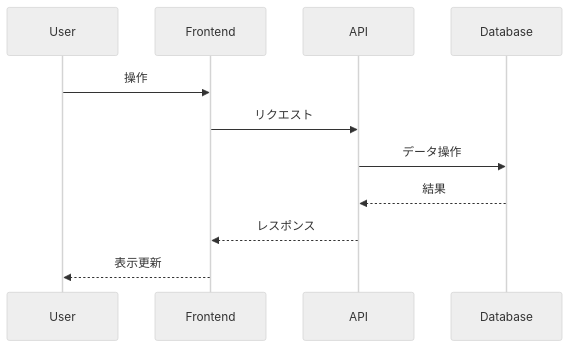
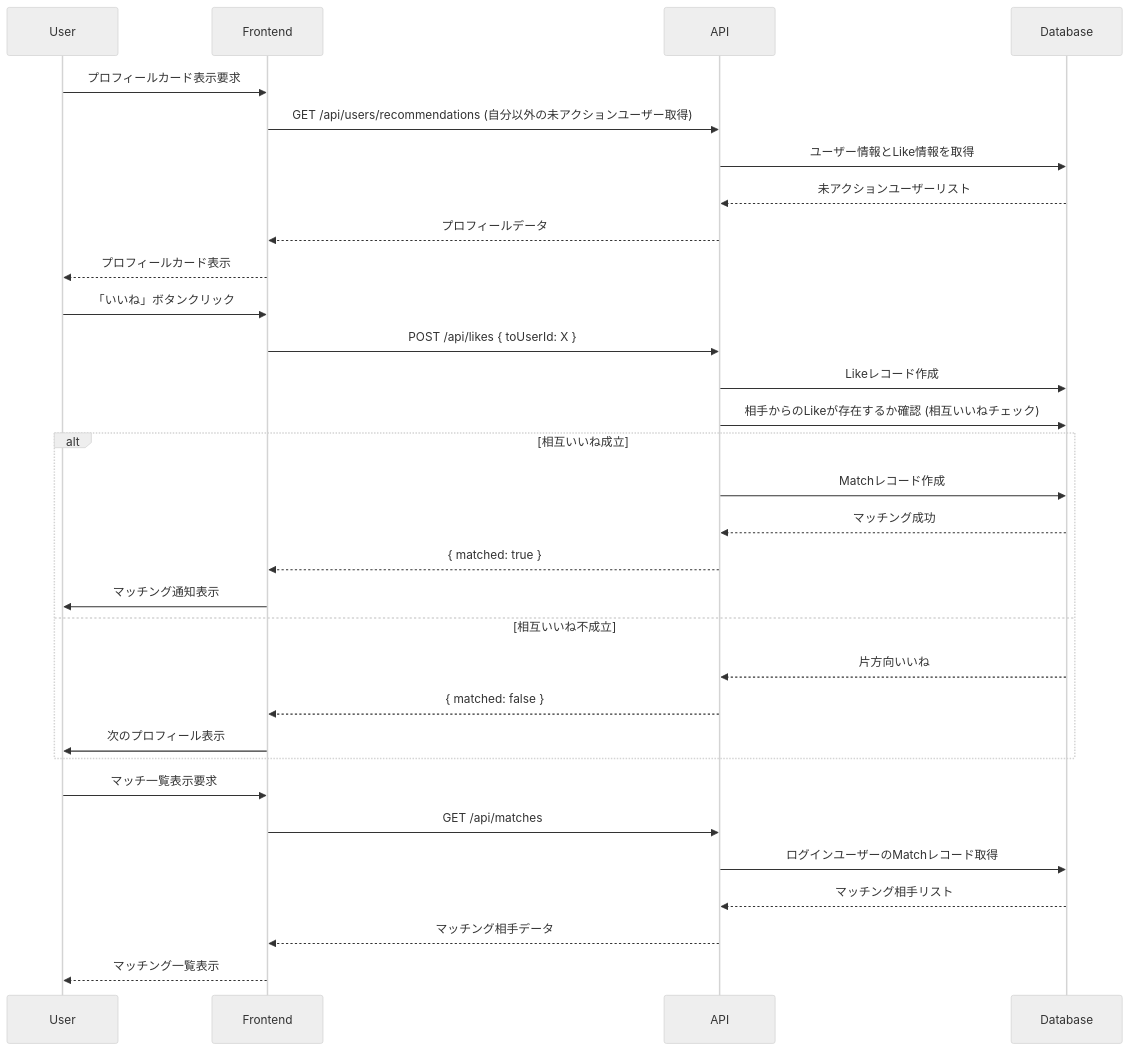
Before and after one commit to lirlia/100day_challenge_backend: the second of 2 diagrams in day3_matching_app/README.md, drawn with Mermaid (neutral theme). The commit also changed other lines of this file and 1 other file, not shown here.

````diff
--- a/day3_matching_app/README.md
+++ b/day3_matching_app/README.md
@@ -48,14 +74,36 @@
 ```mermaid
 sequenceDiagram
     participant User
     participant Frontend
     participant API
     participant Database
 
-    User->>Frontend: 操作
-    Frontend->>API: リクエスト
-    API->>Database: データ操作
-    Database-->>API: 結果
-    API-->>Frontend: レスポンス
-    Frontend-->>User: 表示更新
+    User->>Frontend: プロフィールカード表示要求
+    Frontend->>API: GET /api/users/recommendations (自分以外の未アクションユーザー取得)
+    API->>Database: ユーザー情報とLike情報を取得
+    Database-->>API: 未アクションユーザーリスト
+    API-->>Frontend: プロフィールデータ
+    Frontend-->>User: プロフィールカード表示
+
+    User->>Frontend: 「いいね」ボタンクリック
+    Frontend->>API: POST /api/likes { toUserId: X }
+    API->>Database: Likeレコード作成
+    API->>Database: 相手からのLikeが存在するか確認 (相互いいねチェック)
+    alt 相互いいね成立
+        API->>Database: Matchレコード作成
+        Database-->>API: マッチング成功
+        API-->>Frontend: { matched: true }
+        Frontend->>User: マッチング通知表示
+    else 相互いいね不成立
+        Database-->>API: 片方向いいね
+        API-->>Frontend: { matched: false }
+        Frontend->>User: 次のプロフィール表示
+    end
+
+    User->>Frontend: マッチ一覧表示要求
+    Frontend->>API: GET /api/matches
+    API->>Database: ログインユーザーのMatchレコード取得
+    Database-->>API: マッチング相手リスト
+    API-->>Frontend: マッチング相手データ
+    Frontend-->>User: マッチング一覧表示
 ```
````
